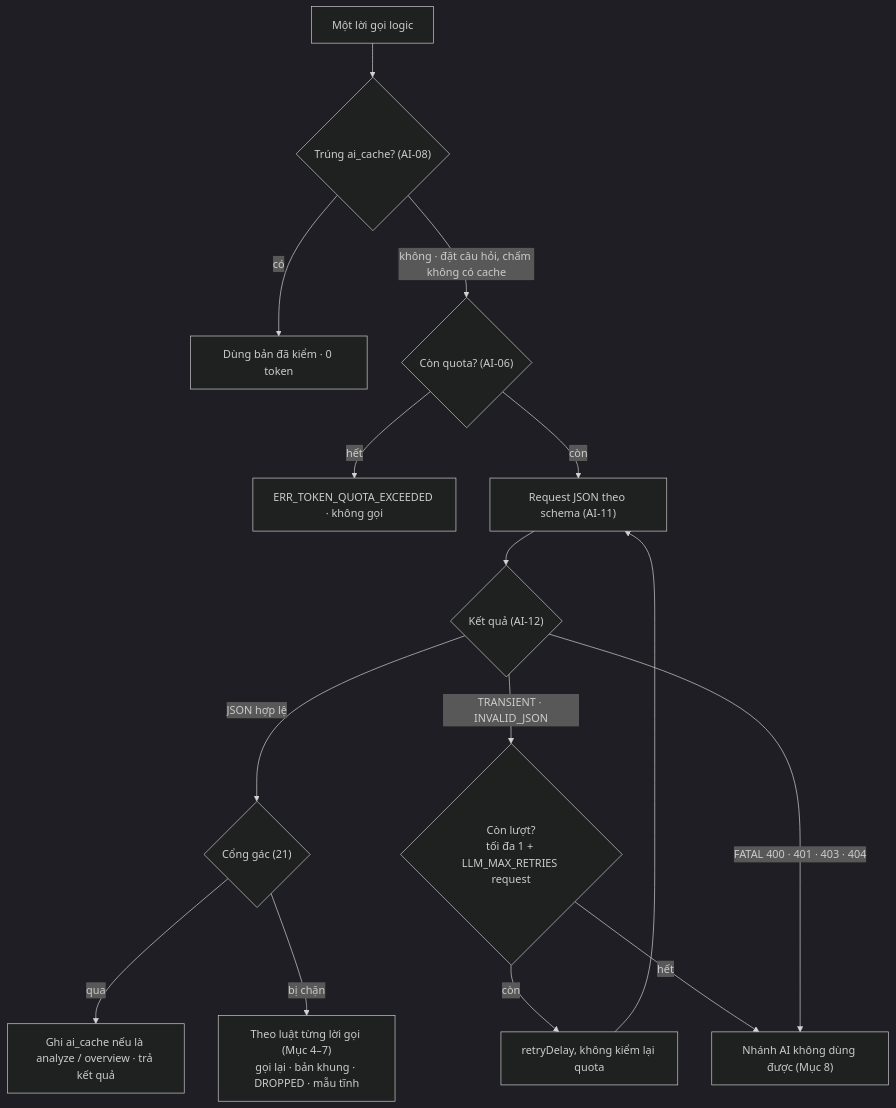
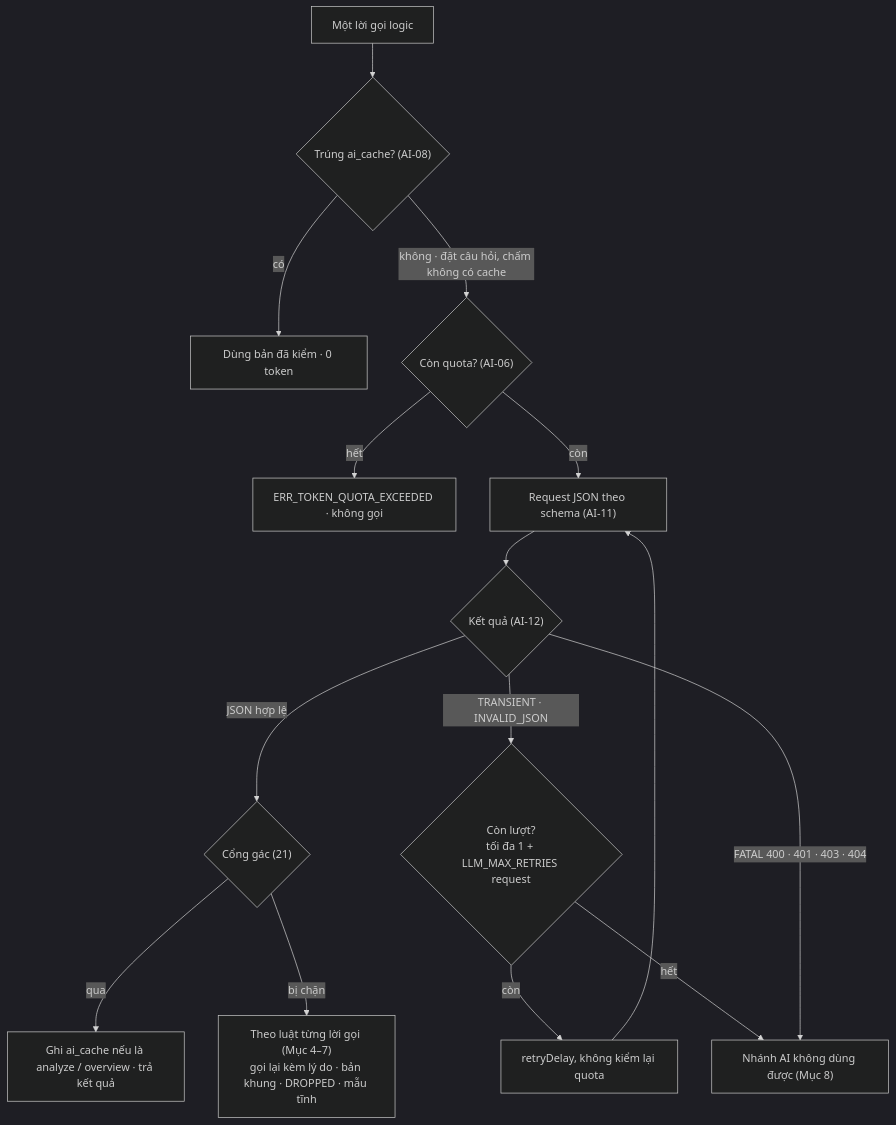
One commit to huynhthanhnhannnh-pixel/Hackathon_SGU changed the second of 3 diagrams in spec/20_AI_GOI_VA_PROMPT.md. Above: the diagram before and after it, drawn with Mermaid (dark theme). The commit also changed other lines of this file and 14 other files, not shown here.

````diff
--- a/spec/20_AI_GOI_VA_PROMPT.md
+++ b/spec/20_AI_GOI_VA_PROMPT.md
@@ -65,16 +65,16 @@
 ```mermaid
 flowchart TD
   S["Một lời gọi logic"] --> K{"Trúng ai_cache? (AI-08)"}
   K -- "có" --> HIT["Dùng bản đã kiểm · 0 token"]
   K -- "không · đặt câu hỏi, chấm không có cache" --> Q{"Còn quota? (AI-06)"}
   Q -- "hết" --> EQ["ERR_TOKEN_QUOTA_EXCEEDED · không gọi"]
   Q -- "còn" --> R["Request JSON theo schema (AI-11)"]
   R --> T{"Kết quả (AI-12)"}
   T -- "JSON hợp lệ" --> G{"Cổng gác (21)"}
   G -- "qua" --> OK["Ghi ai_cache nếu là analyze / overview · trả kết quả"]
-  G -- "bị chặn" --> GB["Theo luật từng lời gọi (Mục 4–7)<br/>gọi lại · bản khung · DROPPED · mẫu tĩnh"]
+  G -- "bị chặn" --> GB["Theo luật từng lời gọi (Mục 4–7)<br/>gọi lại kèm lý do · bản khung · DROPPED · mẫu tĩnh"]
   T -- "TRANSIENT · INVALID_JSON" --> M{"Còn lượt?<br/>tối đa 1 + LLM_MAX_RETRIES request"}
   M -- "còn" --> W["retryDelay, không kiểm lại quota"] --> R
   M -- "hết" --> UN["Nhánh AI không dùng được (Mục 8)"]
   T -- "FATAL 400 · 401 · 403 · 404" --> UN
 ```
````
